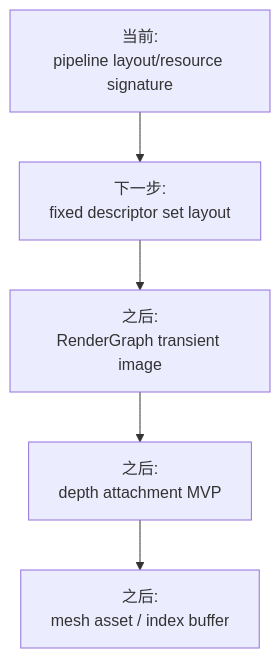
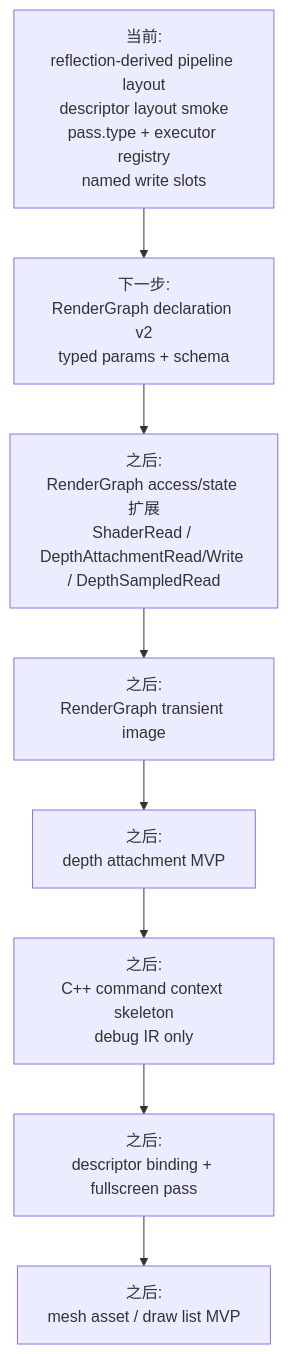
One commit to 66six11/Engine changed diagram 11 of 11 in docs/flow-architecture.md. Above: the diagram before and after it, drawn with Mermaid. The commit also changed other lines of this file and 5 other files, not shown here.

Commit message:
feat: add render graph named write slots

````diff
--- a/docs/flow-architecture.md
+++ b/docs/flow-architecture.md
@@ -280,10 +338,13 @@
 ```mermaid
 flowchart TD
-    Now["当前:<br/>pipeline layout/resource signature"]
-    Step1["下一步:<br/>fixed descriptor set layout"]
-    Step2["之后:<br/>RenderGraph transient image"]
-    Step3["之后:<br/>depth attachment MVP"]
-    Step4["之后:<br/>mesh asset / index buffer"]
+    Now["当前:<br/>reflection-derived pipeline layout<br/>descriptor layout smoke<br/>pass.type + executor registry<br/>named write slots"]
+    Step1["下一步:<br/>RenderGraph declaration v2<br/>typed params + schema"]
+    Step2["之后:<br/>RenderGraph access/state 扩展<br/>ShaderRead / DepthAttachmentRead/Write / DepthSampledRead"]
+    Step3["之后:<br/>RenderGraph transient image"]
+    Step4["之后:<br/>depth attachment MVP"]
+    Step5["之后:<br/>C++ command context skeleton<br/>debug IR only"]
+    Step6["之后:<br/>descriptor binding + fullscreen pass"]
+    Step7["之后:<br/>mesh asset / draw list MVP"]
 
-    Now --> Step1 --> Step2 --> Step3 --> Step4
+    Now --> Step1 --> Step2 --> Step3 --> Step4 --> Step5 --> Step6 --> Step7
 ```
````
